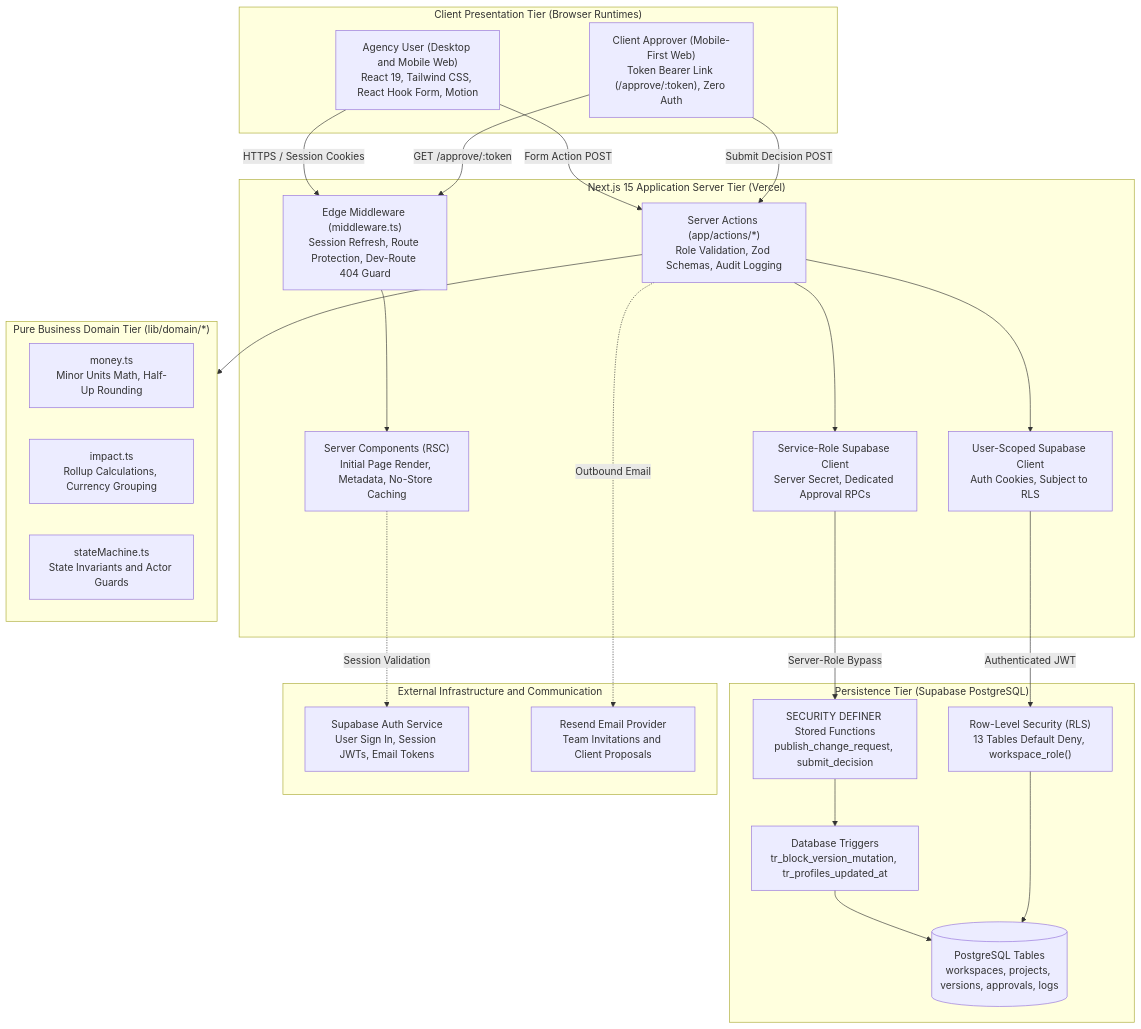
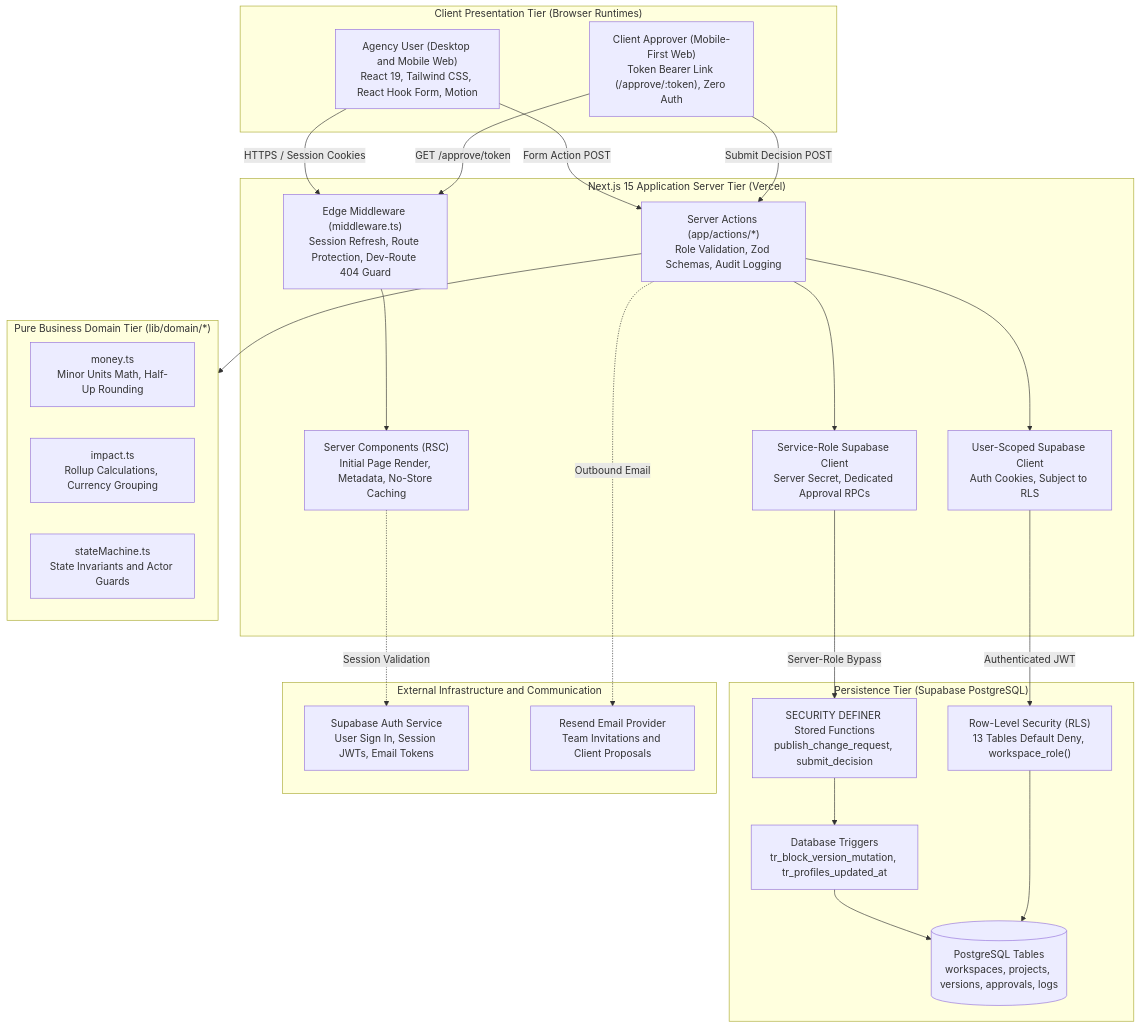
One commit to kirteebhat/scopeguard changed the first of 8 diagrams in PROJECT_DOCUMENTATION.md. Above: the diagram before and after it, drawn with Mermaid. The commit also changed other lines of this file and 1 other file, not shown here.

Commit message:
docs: fix Mermaid syntax errors in sequence diagrams and edge labels

````diff
--- a/PROJECT_DOCUMENTATION.md
+++ b/PROJECT_DOCUMENTATION.md
@@ -122,54 +122,54 @@
 ```mermaid
 flowchart TD
     subgraph ClientTiers ["Client Presentation Tier (Browser Runtimes)"]
         AgencyClient["Agency User (Desktop and Mobile Web)<br>React 19, Tailwind CSS, React Hook Form, Motion"]
         PublicClient["Client Approver (Mobile-First Web)<br>Token Bearer Link (/approve/:token), Zero Auth"]
     end
 
     subgraph ServerlessTier ["Next.js 15 Application Server Tier (Vercel)"]
         EdgeMiddleware["Edge Middleware (middleware.ts)<br>Session Refresh, Route Protection, Dev-Route 404 Guard"]
         AppRouterSSR["Server Components (RSC)<br>Initial Page Render, Metadata, No-Store Caching"]
         ServerActionsMutations["Server Actions (app/actions/*)<br>Role Validation, Zod Schemas, Audit Logging"]
         UserSupabaseClient["User-Scoped Supabase Client<br>Auth Cookies, Subject to RLS"]
         ServiceRoleSupabaseClient["Service-Role Supabase Client<br>Server Secret, Dedicated Approval RPCs"]
     end
 
     subgraph DomainTier ["Pure Business Domain Tier (lib/domain/*)"]
         MoneyDomain["money.ts<br>Minor Units Math, Half-Up Rounding"]
         ImpactDomain["impact.ts<br>Rollup Calculations, Currency Grouping"]
         StateDomain["stateMachine.ts<br>State Invariants and Actor Guards"]
     end
 
     subgraph DatabaseTier ["Persistence Tier (Supabase PostgreSQL)"]
         RLSLayer["Row-Level Security (RLS)<br>13 Tables Default Deny, workspace_role()"]
         SecurityDefinerRPCs["SECURITY DEFINER Stored Functions<br>publish_change_request, submit_decision"]
         PostgresTriggers["Database Triggers<br>tr_block_version_mutation, tr_profiles_updated_at"]
         DataTables[("PostgreSQL Tables<br>workspaces, projects, versions, approvals, logs")]
     end
 
     subgraph ThirdPartyTier ["External Infrastructure and Communication"]
         SupabaseAuthEngine["Supabase Auth Service<br>User Sign In, Session JWTs, Email Tokens"]
         ResendMailAPI["Resend Email Provider<br>Team Invitations and Client Proposals"]
     end
 
     AgencyClient -->|HTTPS / Session Cookies| EdgeMiddleware
-    PublicClient -->|GET /approve/:token| EdgeMiddleware
+    PublicClient -->|GET /approve/token| EdgeMiddleware
     EdgeMiddleware --> AppRouterSSR
 
     AgencyClient -->|Form Action POST| ServerActionsMutations
     PublicClient -->|Submit Decision POST| ServerActionsMutations
 
     ServerActionsMutations --> DomainTier
     ServerActionsMutations --> UserSupabaseClient
     ServerActionsMutations --> ServiceRoleSupabaseClient
     ServerActionsMutations -.->|Outbound Email| ResendMailAPI
 
     UserSupabaseClient -->|Authenticated JWT| RLSLayer
     ServiceRoleSupabaseClient -->|Server-Role Bypass| SecurityDefinerRPCs
 
     SecurityDefinerRPCs --> PostgresTriggers
     PostgresTriggers --> DataTables
     RLSLayer --> DataTables
 
     AppRouterSSR -.->|Session Validation| SupabaseAuthEngine
 ```
````
